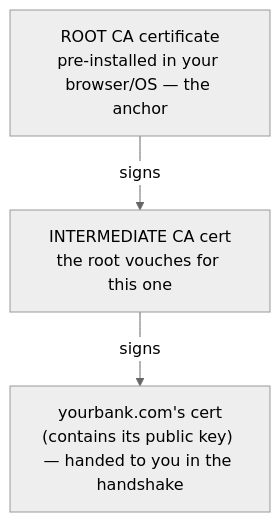
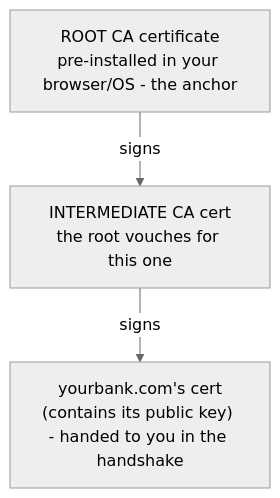
Before and after one commit to Topurrra/themissingmanual: the diagram in guides/security/https-and-tls/03-certificates-and-trust.md, drawn with Mermaid (neutral theme). The commit also changed other lines of this file and 1072 other files, not shown here.

````diff
--- a/guides/security/https-and-tls/03-certificates-and-trust.md
+++ b/guides/security/https-and-tls/03-certificates-and-trust.md
@@ -51,8 +51,8 @@
 ```mermaid
 flowchart TD
-  root["ROOT CA certificate<br/>pre-installed in your browser/OS — the anchor"]
+  root["ROOT CA certificate<br/>pre-installed in your browser/OS - the anchor"]
   inter["INTERMEDIATE CA cert<br/>the root vouches for this one"]
-  site["yourbank.com's cert<br/>(contains its public key) — handed to you in the handshake"]
+  site["yourbank.com's cert<br/>(contains its public key) - handed to you in the handshake"]
   root -- signs --> inter
   inter -- signs --> site
 ```
````
